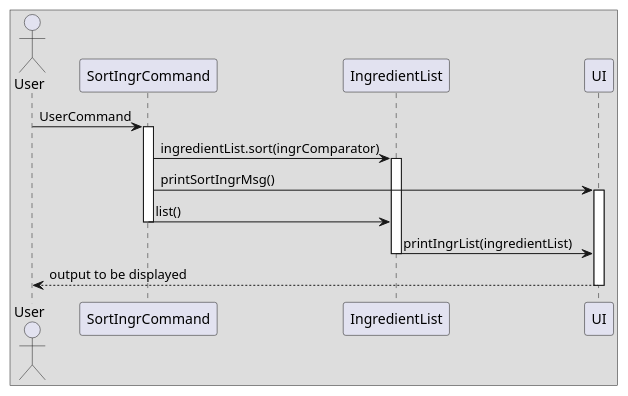
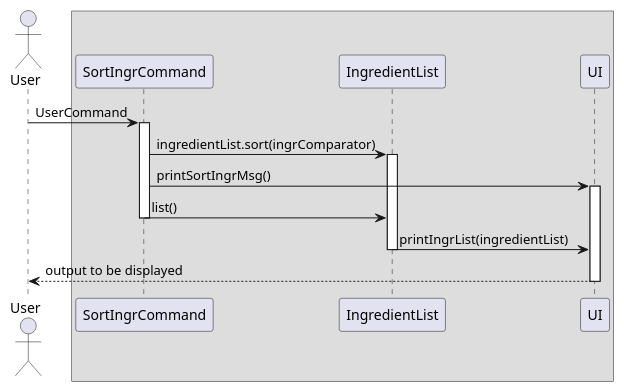
The diagram in docs/puml/sort_ingr_sequence.puml (nus-cs2113-AY2122S1/tp), drawn with PlantUML before and after one commit. The commit also changed other lines of this file and 3 other files, not shown here.

Commit message:
Bring User outside Box

```diff
--- a/docs/puml/sort_ingr_sequence.puml
+++ b/docs/puml/sort_ingr_sequence.puml
@@ -1,32 +1,32 @@
 @startuml
 'https://plantuml.com/sequence-diagram
+actor User
+box
 
-box
-actor User
 User -> SortIngrCommand: UserCommand
 
 activate SortIngrCommand
 
 SortIngrCommand -> IngredientList: ingredientList.sort(ingrComparator)
 
 activate IngredientList
 
 SortIngrCommand -> UI : printSortIngrMsg()
 
 activate UI
 
 SortIngrCommand -> IngredientList: list()
 deactivate SortIngrCommand
 
 IngredientList -> UI: printIngrList(ingredientList)
 deactivate IngredientList
 User <-- UI: output to be displayed
 
  deactivate UI
 
 
 
 
 
 
 @enduml
```
